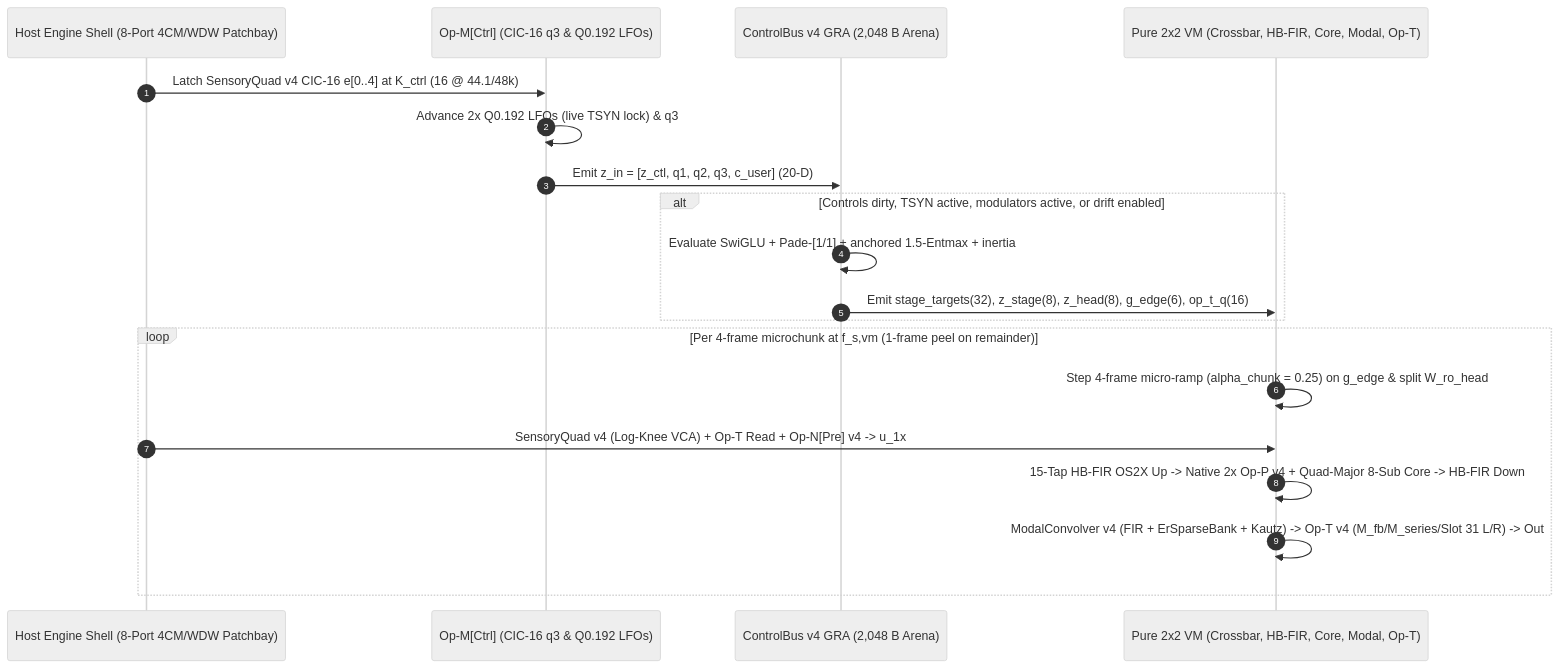
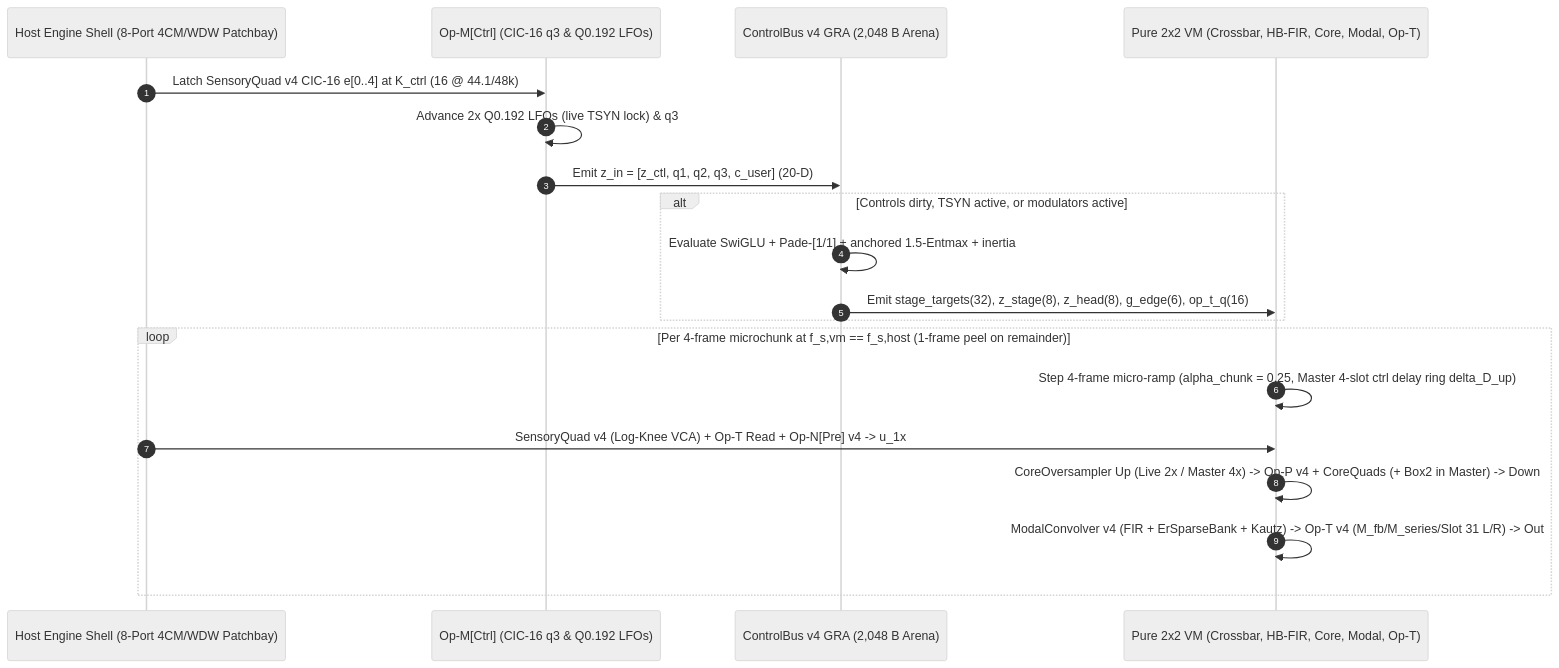
The second of 7 diagrams in docs/specs/architecture/sona_architecture.md (mokugen/dnam), drawn with Mermaid (neutral theme) before and after one commit. The commit also changed other lines of this file and 23 other files, not shown here.

````diff
--- a/docs/specs/architecture/sona_architecture.md
+++ b/docs/specs/architecture/sona_architecture.md
@@ -152,22 +157,22 @@
 ```mermaid
 sequenceDiagram
     autonumber
     participant Host as Host Engine Shell (8-Port 4CM/WDW Patchbay)
     participant CtrlM as Op-M[Ctrl] (CIC-16 q3 & Q0.192 LFOs)
     participant CtrlN as ControlBus v4 GRA (2,048 B Arena)
     participant Audio as Pure 2x2 VM (Crossbar, HB-FIR, Core, Modal, Op-T)
 
     Host->>CtrlM: Latch SensoryQuad v4 CIC-16 e[0..4] at K_ctrl (16 @ 44.1/48k)
     CtrlM->>CtrlM: Advance 2x Q0.192 LFOs (live TSYN lock) & q3
     CtrlM->>CtrlN: Emit z_in = [z_ctl, q1, q2, q3, c_user] (20-D)
-    alt Controls dirty, TSYN active, modulators active, or drift enabled
+    alt Controls dirty, TSYN active, or modulators active
         CtrlN->>CtrlN: Evaluate SwiGLU + Pade-[1/1] + anchored 1.5-Entmax + inertia
         CtrlN->>Audio: Emit stage_targets(32), z_stage(8), z_head(8), g_edge(6), op_t_q(16)
     end
-    loop Per 4-frame microchunk at f_s,vm (1-frame peel on remainder)
-        Audio->>Audio: Step 4-frame micro-ramp (alpha_chunk = 0.25) on g_edge & split W_ro_head
+    loop Per 4-frame microchunk at f_s,vm == f_s,host (1-frame peel on remainder)
+        Audio->>Audio: Step 4-frame micro-ramp (alpha_chunk = 0.25, Master 4-slot ctrl delay ring delta_D_up)
         Host->>Audio: SensoryQuad v4 (Log-Knee VCA) + Op-T Read + Op-N[Pre] v4 -> u_1x
-        Audio->>Audio: 15-Tap HB-FIR OS2X Up -> Native 2x Op-P v4 + Quad-Major 8-Sub Core -> HB-FIR Down
+        Audio->>Audio: CoreOversampler Up (Live 2x / Master 4x) -> Op-P v4 + CoreQuads (+ Box2 in Master) -> Down
         Audio->>Audio: ModalConvolver v4 (FIR + ErSparseBank + Kautz) -> Op-T v4 (M_fb/M_series/Slot 31 L/R) -> Out
     end
 ```
````
